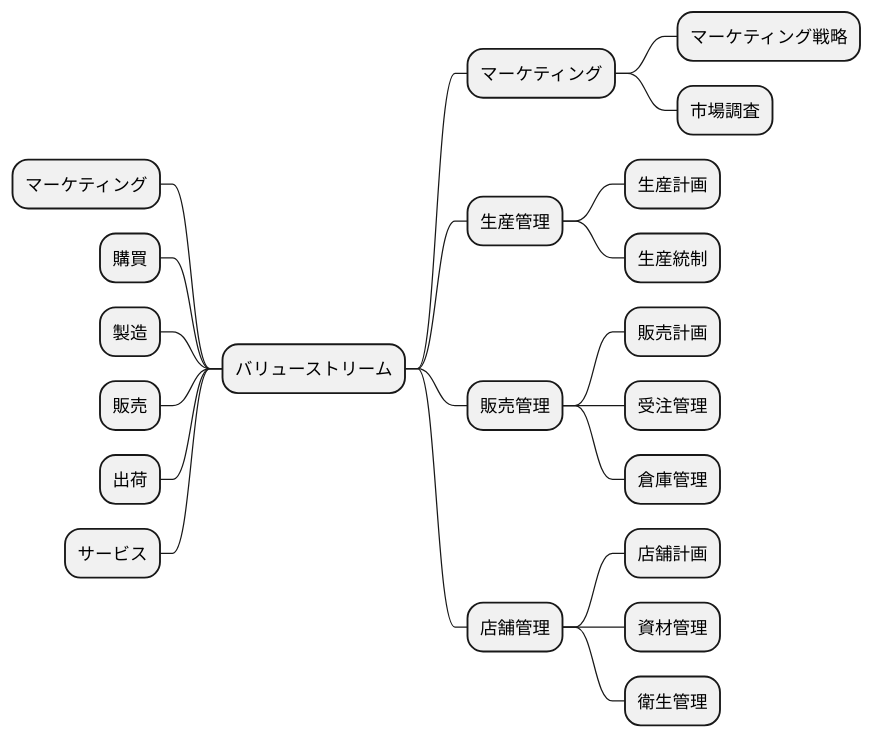
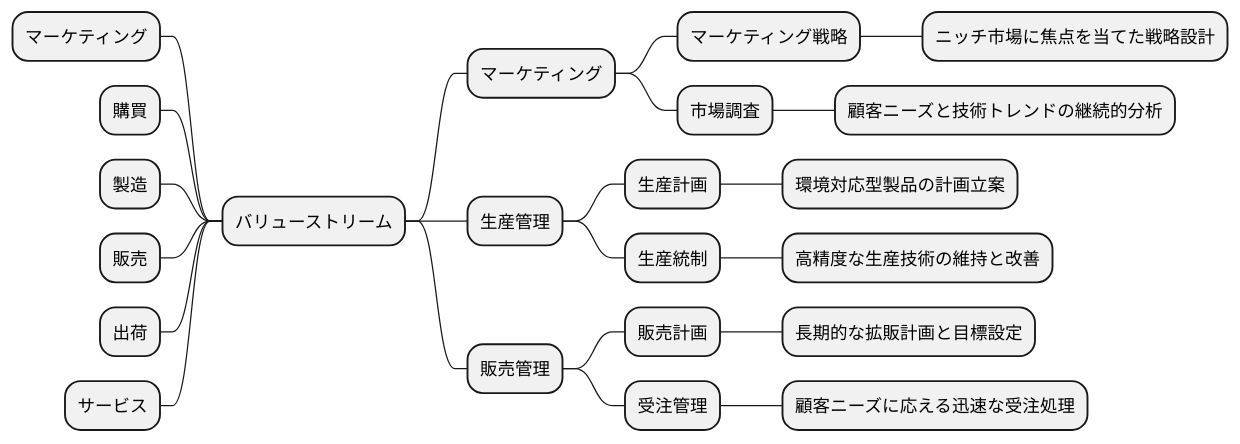
Diagram 12 of 19 in docs/case/h30_case_1.adoc (k2works/case-sutudy-business-analysis), drawn with PlantUML before and after one commit. The commit also changed other lines of this file, not shown here.

```diff
--- a/docs/case/h30_case_1.adoc
+++ b/docs/case/h30_case_1.adoc
@@ -305,30 +457,31 @@
 [plantuml]
 ----
 @startmindmap
 
 * バリューストリーム
 left side
 ** マーケティング
 ** 購買
 ** 製造
 ** 販売
 ** 出荷
 ** サービス
 right side
 ** マーケティング
 *** マーケティング戦略
+**** ニッチ市場に焦点を当てた戦略設計
 *** 市場調査
+**** 顧客ニーズと技術トレンドの継続的分析
 ** 生産管理
 *** 生産計画
+**** 環境対応型製品の計画立案
 *** 生産統制
+**** 高精度な生産技術の維持と改善
 ** 販売管理
 *** 販売計画
+**** 長期的な拡販計画と目標設定
 *** 受注管理
-*** 倉庫管理
-** 店舗管理
-*** 店舗計画
-*** 資材管理
-*** 衛生管理
+**** 顧客ニーズに応える迅速な受注処理
 
 @endmindmap
 ----
```
